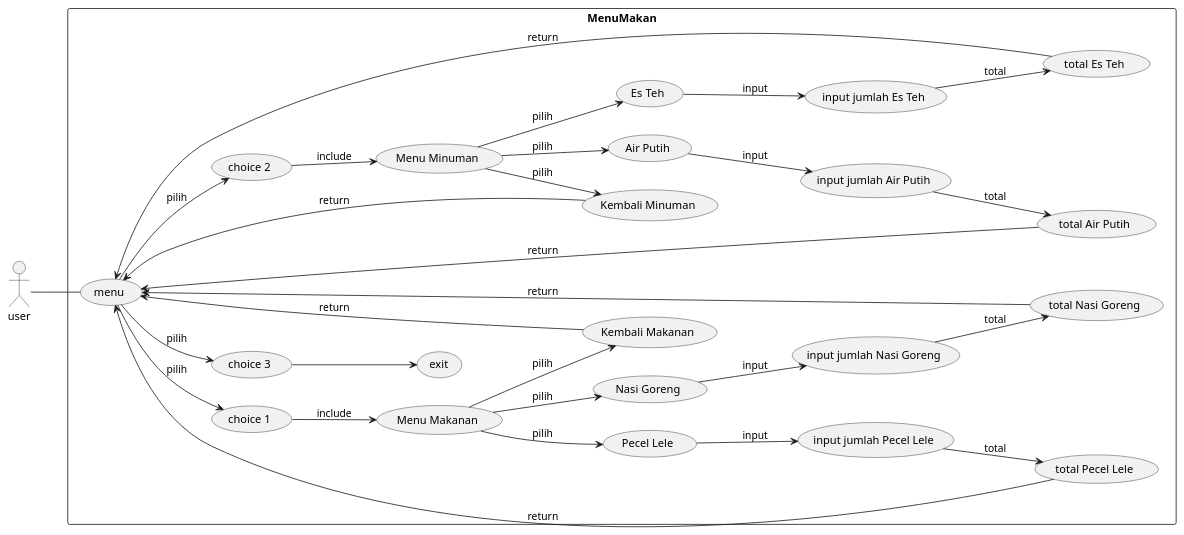
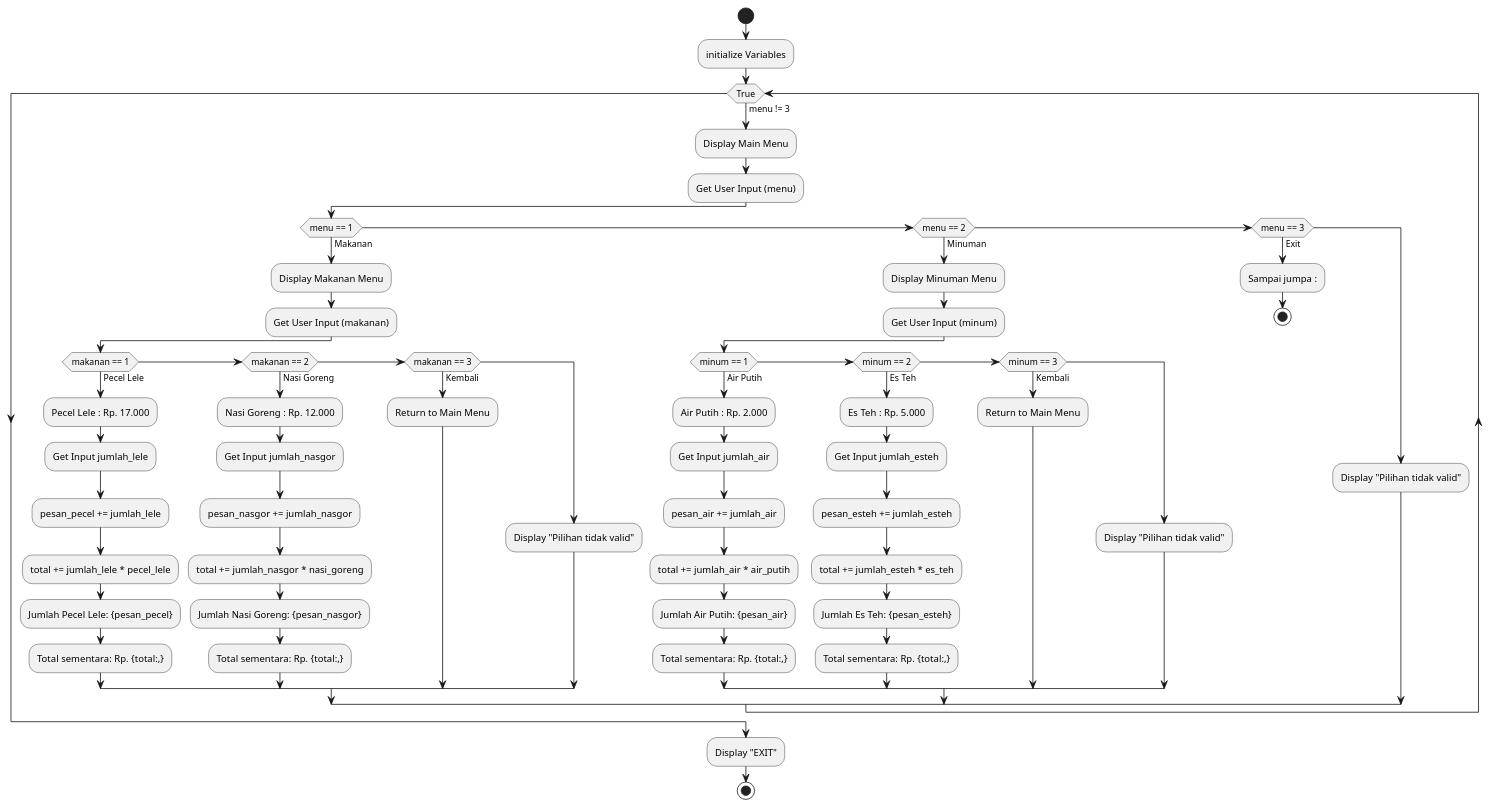
One commit to Moocchi/bhs_pemrograman changed the diagram in Pert7/Tugas Muhammadjarez.puml. Above: the diagram before and after it, drawn with PlantUML.

Commit message:
Edit puml

```diff
--- a/Pert7/Tugas Muhammadjarez.puml
+++ b/Pert7/Tugas Muhammadjarez.puml
@@ -1,44 +1,71 @@
-@startuml menu_makan
+@startuml MenuMakan
 
-left to right direction
+start
 
-actor user
+:initialize Variables;
+while (True) is (menu != 3)
 
-rectangle MenuMakan {
-    user -- (menu)
+    :Display Main Menu;
+    :Get User Input (menu);
 
-    (menu) --> (choice 1) : pilih
-    (menu) --> (choice 2) : pilih
-    (menu) --> (choice 3) : pilih
-    
-    (choice 1) --> (Menu Makanan) : include
-    (choice 2) --> (Menu Minuman) : include
-    (choice 3) --> (exit)
-    
-    (Menu Makanan) --> (Pecel Lele) : pilih
-    (Menu Makanan) --> (Nasi Goreng) : pilih
-    (Menu Makanan) --> (Kembali Makanan) : pilih
-    (Kembali Makanan) --> (menu) : return
-    
-    (Menu Minuman) --> (Air Putih) : pilih
-    (Menu Minuman) --> (Es Teh) : pilih
-    (Menu Minuman) --> (Kembali Minuman) : pilih
-    (Kembali Minuman) --> (menu) : return
-    
-    (Pecel Lele) --> (input jumlah Pecel Lele) : input
-    (Nasi Goreng) --> (input jumlah Nasi Goreng) : input
-    (Air Putih) --> (input jumlah Air Putih) : input
-    (Es Teh) --> (input jumlah Es Teh) : input
-    
-    (input jumlah Pecel Lele) --> (total Pecel Lele) : total
-    (input jumlah Nasi Goreng) --> (total Nasi Goreng) : total
-    (input jumlah Air Putih) --> (total Air Putih) : total
-    (input jumlah Es Teh) --> (total Es Teh) : total
-    
-    (total Pecel Lele) --> (menu) : return
-    (total Nasi Goreng) --> (menu) : return
-    (total Air Putih) --> (menu) : return
-    (total Es Teh) --> (menu) : return
-}
+    if (menu == 1) then (Makanan)
+        :Display Makanan Menu;
+        :Get User Input (makanan);
+        
+        if (makanan == 1) then (Pecel Lele)
+            :Pecel Lele : Rp. 17.000;
+            :Get Input jumlah_lele;
+            :pesan_pecel += jumlah_lele;
+            :total += jumlah_lele * pecel_lele;
+            :Jumlah Pecel Lele: {pesan_pecel};
+            :Total sementara: Rp. {total:,};
+        else if (makanan == 2) then (Nasi Goreng)
+            :Nasi Goreng : Rp. 12.000;
+            :Get Input jumlah_nasgor;
+            :pesan_nasgor += jumlah_nasgor;
+            :total += jumlah_nasgor * nasi_goreng;
+            :Jumlah Nasi Goreng: {pesan_nasgor};
+            :Total sementara: Rp. {total:,};
+        else if (makanan == 3) then (Kembali)
+            :Return to Main Menu;
+        else
+            :Display "Pilihan tidak valid";
+        endif
+
+    else if (menu == 2) then (Minuman)
+        :Display Minuman Menu;
+        :Get User Input (minum);
+
+        if (minum == 1) then (Air Putih)
+            :Air Putih : Rp. 2.000;
+            :Get Input jumlah_air;
+            :pesan_air += jumlah_air;
+            :total += jumlah_air * air_putih;
+            :Jumlah Air Putih: {pesan_air};
+            :Total sementara: Rp. {total:,};
+        else if (minum == 2) then (Es Teh)
+            :Es Teh : Rp. 5.000;
+            :Get Input jumlah_esteh;
+            :pesan_esteh += jumlah_esteh;
+            :total += jumlah_esteh * es_teh;
+            :Jumlah Es Teh: {pesan_esteh};
+            :Total sementara: Rp. {total:,};
+        else if (minum == 3) then (Kembali)
+            :Return to Main Menu;
+        else
+            :Display "Pilihan tidak valid";
+        endif
+
+    else if (menu == 3) then (Exit)
+        :Sampai jumpa :;
+        stop
+    else
+        :Display "Pilihan tidak valid";
+    endif
+
+endwhile
+
+:Display "EXIT";
+stop
 
 @enduml
```
